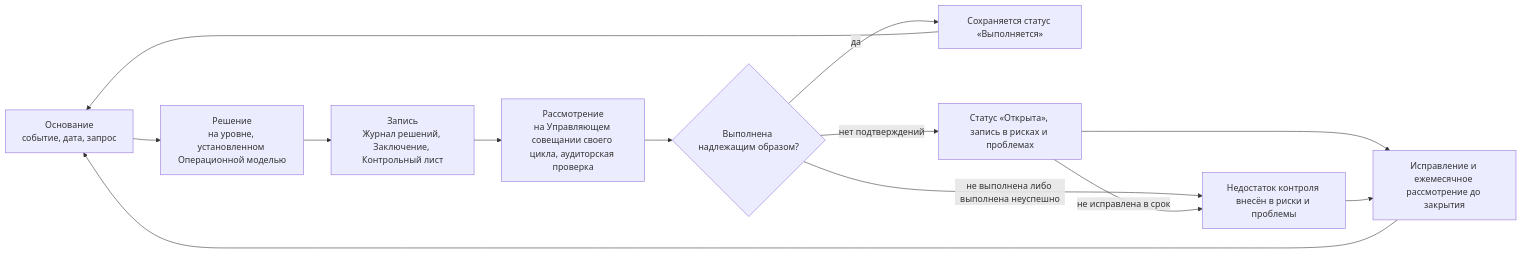
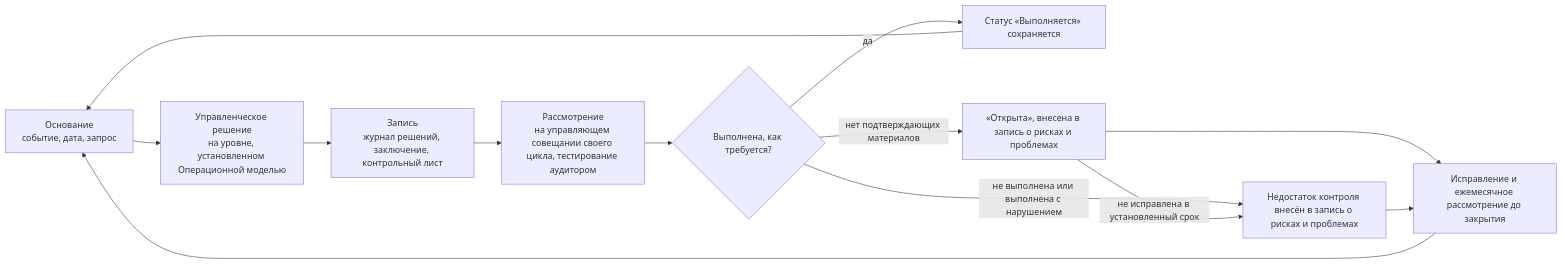
The seventh of 8 diagrams in charter/ru/documents/operating-model.md (devhogu/ob-aicc), drawn with Mermaid before and after one commit. The commit also changed other lines of this file and 2 other files, not shown here.

````diff
--- a/charter/ru/documents/operating-model.md
+++ b/charter/ru/documents/operating-model.md
@@ -335,15 +335,15 @@
 ```mermaid
 flowchart LR
-  T["Основание<br/>событие, дата, запрос"] --> D["Решение<br/>на уровне, установленном Операционной моделью"]
-  D --> R["Запись<br/>Журнал решений, Заключение, Контрольный лист"]
-  R --> V["Рассмотрение<br/>на Управляющем совещании своего цикла, аудиторская проверка"]
-  V --> C{"Выполнена надлежащим образом?"}
-  C -->|да| K["Сохраняется статус «Выполняется»"]
-  C -->|"нет подтверждений"| O["Статус «Открыта», запись в рисках и проблемах"]
-  C -->|"не выполнена либо выполнена неуспешно"| F["Недостаток контроля внесён в риски и проблемы"]
-  O -->|"не исправлена в срок"| F
+  T["Основание<br/>событие, дата, запрос"] --> D["Управленческое решение<br/>на уровне, установленном Операционной моделью"]
+  D --> R["Запись<br/>журнал решений, заключение, контрольный лист"]
+  R --> V["Рассмотрение<br/>на управляющем совещании своего цикла, тестирование аудитором"]
+  V --> C{"Выполнена, как требуется?"}
+  C -->|да| K["Статус «Выполняется» сохраняется"]
+  C -->|"нет подтверждающих материалов"| O["«Открыта», внесена в запись о рисках и проблемах"]
+  C -->|"не выполнена или выполнена с нарушением"| F["Недостаток контроля внесён в запись о рисках и проблемах"]
+  O -->|"не исправлена в установленный срок"| F
   O --> X["Исправление и ежемесячное рассмотрение до закрытия"]
   F --> X
   X --> T
   K --> T
 ```
````
